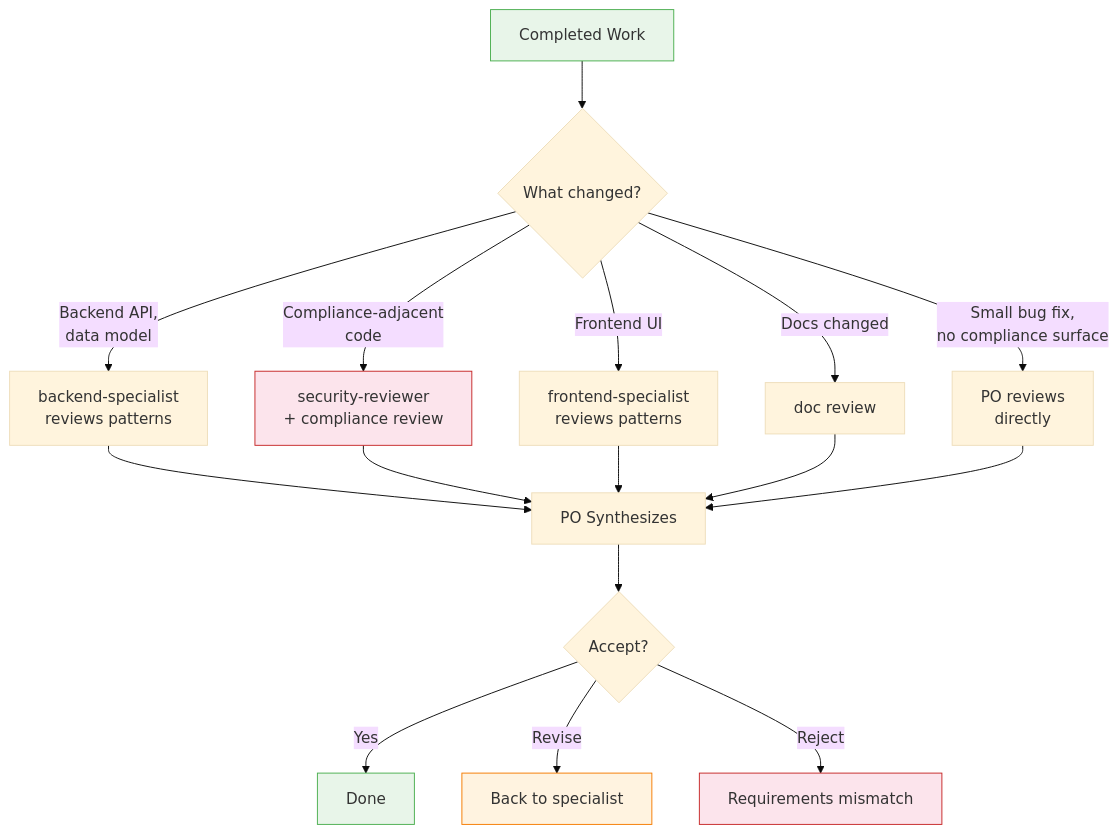
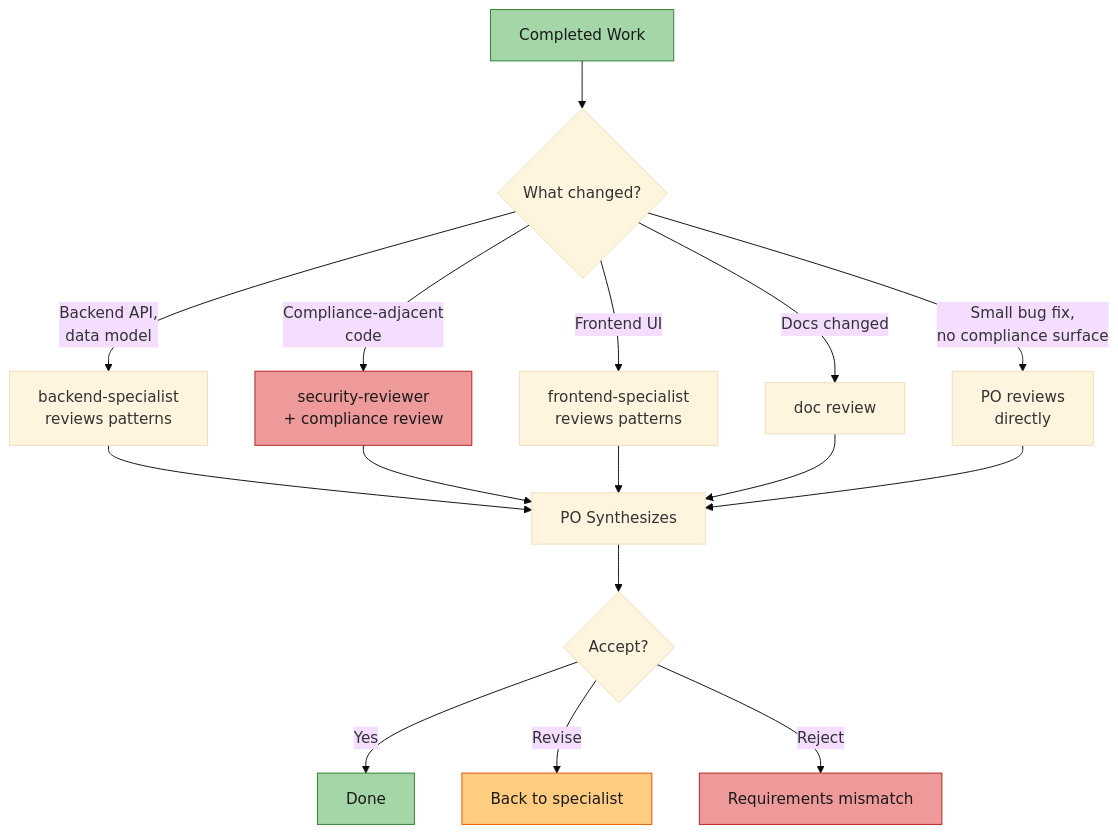
Before and after one commit to rdunie/venutian-antfarm: the sixth of 20 diagrams in docs/COLLABORATION-MODEL.md, drawn with Mermaid (base theme). The commit also changed other lines of this file and 22 other files, not shown here.

````diff
--- a/docs/COLLABORATION-MODEL.md
+++ b/docs/COLLABORATION-MODEL.md
@@ -189,27 +191,27 @@
 ```mermaid
 flowchart TD
     CHANGE["Completed Work"] --> CLASSIFY{"What changed?"}
 
     CLASSIFY -->|"Backend API,\ndata model"| BACK_REV["backend-specialist\nreviews patterns"]
     CLASSIFY -->|"Compliance-adjacent\ncode"| COMP_REV["security-reviewer\n+ compliance review"]
     CLASSIFY -->|"Frontend UI"| FRONT_REV["frontend-specialist\nreviews patterns"]
     CLASSIFY -->|"Docs changed"| DOC_REV["doc review"]
     CLASSIFY -->|"Small bug fix,\nno compliance surface"| PO_ONLY["PO reviews\ndirectly"]
 
     BACK_REV --> SYNTH["PO Synthesizes"]
     COMP_REV --> SYNTH
     FRONT_REV --> SYNTH
     DOC_REV --> SYNTH
     PO_ONLY --> SYNTH
 
     SYNTH --> DECIDE{"Accept?"}
     DECIDE -->|"Yes"| DONE["Done"]
     DECIDE -->|"Revise"| REWORK["Back to specialist"]
     DECIDE -->|"Reject"| REJECT["Requirements mismatch"]
 
-    style CHANGE fill:#e8f5e9,stroke:#4CAF50
-    style DONE fill:#e8f5e9,stroke:#4CAF50
-    style REWORK fill:#fff3e0,stroke:#F57C00
-    style REJECT fill:#fce4ec,stroke:#C62828
-    style COMP_REV fill:#fce4ec,stroke:#C62828
+    style CHANGE fill:#a5d6a7,stroke:#2e7d32,color:#1a1a1a
+    style DONE fill:#a5d6a7,stroke:#2e7d32,color:#1a1a1a
+    style REWORK fill:#ffcc80,stroke:#e65100,color:#1a1a1a
+    style REJECT fill:#ef9a9a,stroke:#b71c1c,color:#1a1a1a
+    style COMP_REV fill:#ef9a9a,stroke:#b71c1c,color:#1a1a1a
 ```
````
